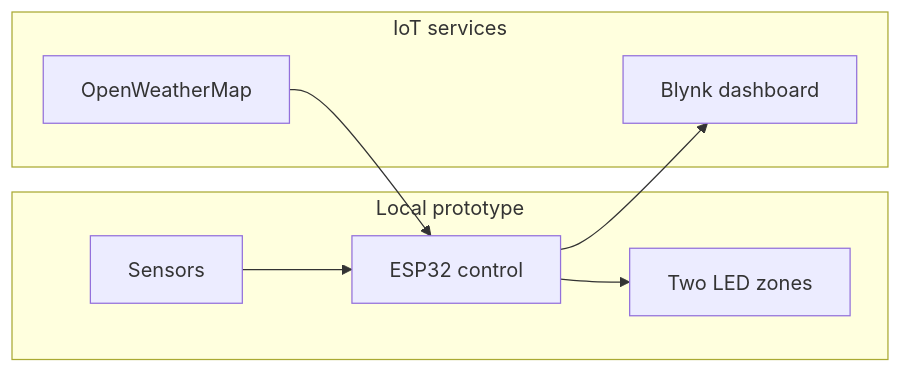
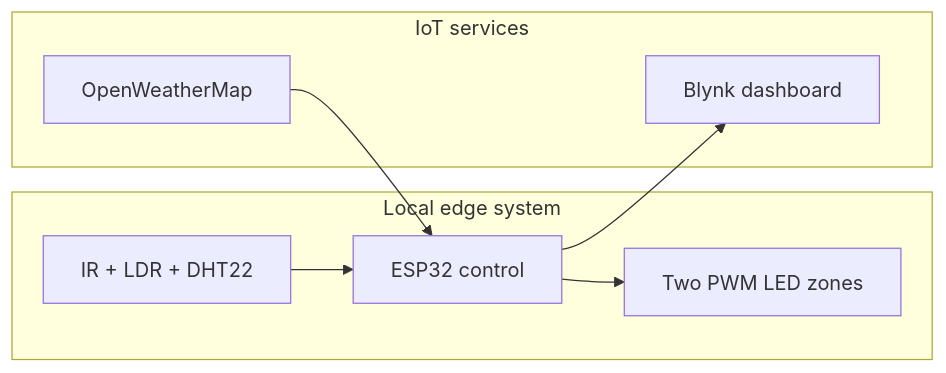
The second of 2 diagrams in README.md (Agnibha-31/IoT-based-Smart-Adaptive-Street-Lighting-System), drawn with Mermaid before and after one commit. The commit also changed other lines of this file, not shown here.

````diff
--- a/README.md
+++ b/README.md
@@ -111,15 +120,15 @@
 ```mermaid
 flowchart LR
-    subgraph Local["Local prototype"]
-        A["Sensors"] --> B["ESP32 control"]
-        B --> C["Two LED zones"]
+    subgraph Edge["Local edge system"]
+        A["IR + LDR + DHT22"] --> B["ESP32 control"]
+        B --> C["Two PWM LED zones"]
     end
 
-    subgraph Cloud["IoT services"]
+    subgraph Services["IoT services"]
         D["Blynk dashboard"]
         E["OpenWeatherMap"]
     end
 
     B --> D
     E --> B
 ```
````
